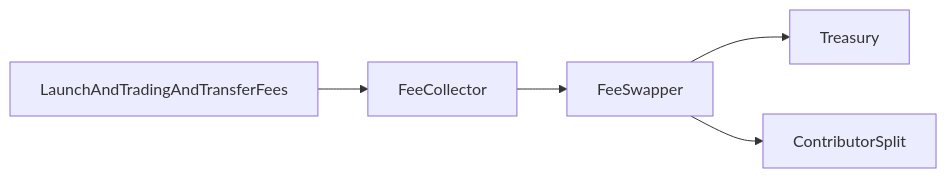
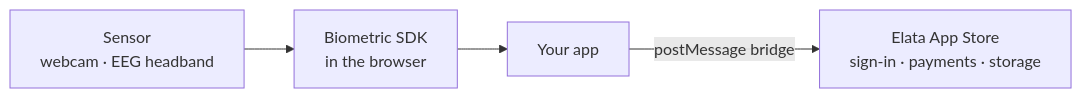
Before and after one commit to Elata-Biosciences/docs: the diagram in learn/how-it-works.mdx, drawn with Mermaid. The commit also changed other lines of this file and 152 other files, not shown here.

````diff
--- a/learn/how-it-works.mdx
+++ b/learn/how-it-works.mdx
@@ -28,7 +8,6 @@
 ```mermaid
 graph LR
-    A[LaunchAndTradingAndTransferFees] --> B[FeeCollector]
-    B --> C[FeeSwapper]
-    C --> D[Treasury]
-    C --> E[ContributorSplit]
+    A[Sensor<br/>webcam · EEG headband] --> B[Biometric SDK<br/>in the browser]
+    B --> C[Your app]
+    C -->|postMessage bridge| D[Elata App Store<br/>sign-in · payments · storage]
 ```
````
